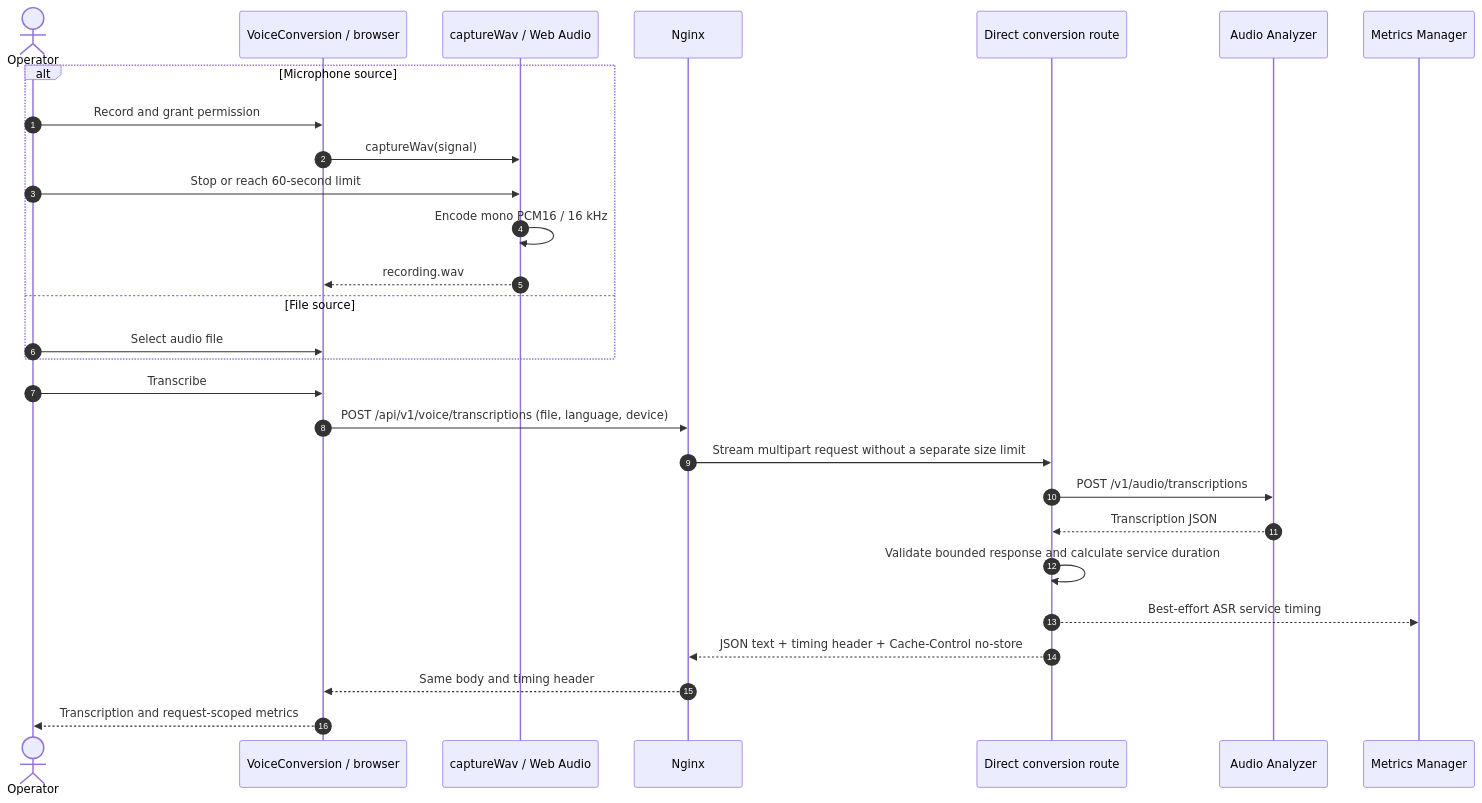
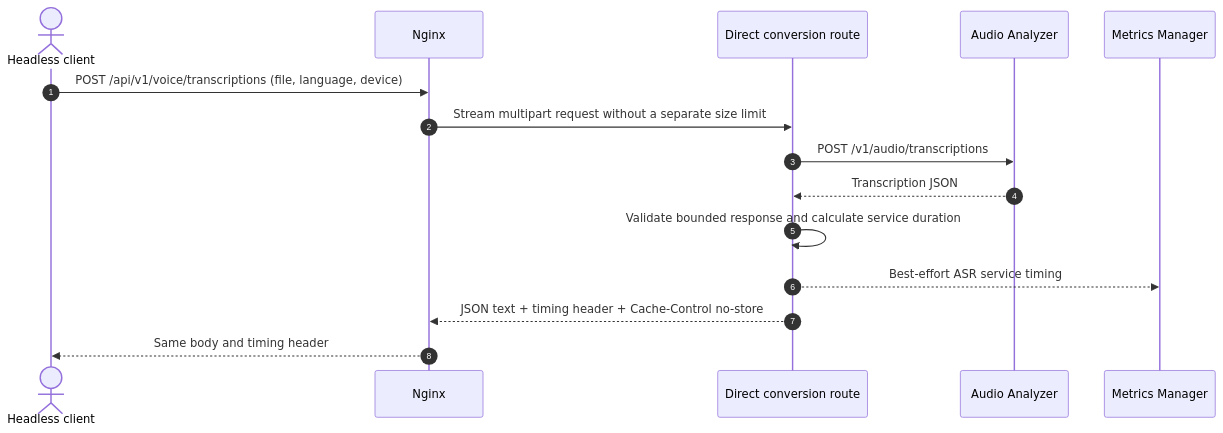
Before and after one commit to open-edge-platform/edge-ai-libraries: the seventh of 11 diagrams in tools/visual-pipeline-and-platform-evaluation-tool/docs/user-guide/developer-guide/voice-architecture.md, drawn with Mermaid. The commit also changed other lines of this file and 11 other files, not shown here.

````diff
--- a/tools/visual-pipeline-and-platform-evaluation-tool/docs/user-guide/developer-guide/voice-architecture.md
+++ b/tools/visual-pipeline-and-platform-evaluation-tool/docs/user-guide/developer-guide/voice-architecture.md
@@ -341,30 +358,17 @@
 ```mermaid
 sequenceDiagram
   autonumber
-  actor Operator
-  participant UI as VoiceConversion / browser
-  participant Capture as captureWav / Web Audio
+  actor Client as Headless client
   participant Web as Nginx
   participant API as Direct conversion route
   participant ASR as Audio Analyzer
   participant Metrics as Metrics Manager
-  alt Microphone source
-    Operator->>UI: Record and grant permission
-    UI->>Capture: captureWav(signal)
-    Operator->>Capture: Stop or reach 60-second limit
-    Capture->>Capture: Encode mono PCM16 / 16 kHz
-    Capture-->>UI: recording.wav
-  else File source
-    Operator->>UI: Select audio file
-  end
-  Operator->>UI: Transcribe
-  UI->>Web: POST /api/v1/voice/transcriptions (file, language, device)
+  Client->>Web: POST /api/v1/voice/transcriptions (file, language, device)
   Web->>API: Stream multipart request without a separate size limit
   API->>ASR: POST /v1/audio/transcriptions
   ASR-->>API: Transcription JSON
   API->>API: Validate bounded response and calculate service duration
   API-->>Metrics: Best-effort ASR service timing
   API-->>Web: JSON text + timing header + Cache-Control no-store
-  Web-->>UI: Same body and timing header
-  UI-->>Operator: Transcription and request-scoped metrics
+  Web-->>Client: Same body and timing header
 ```
````
